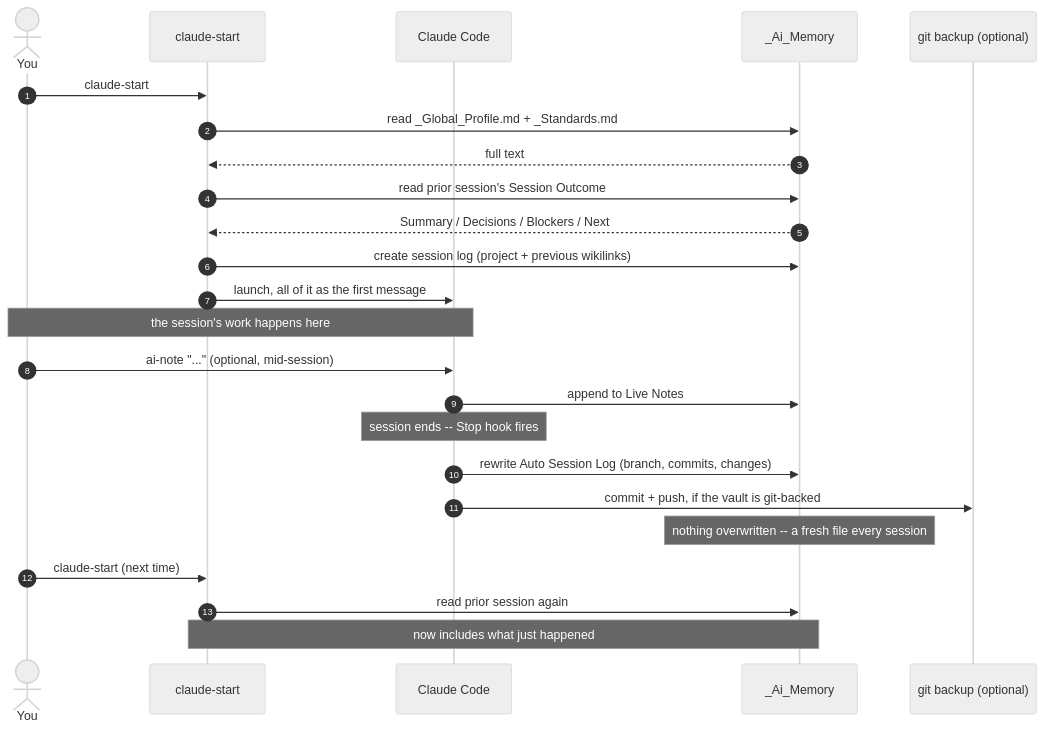
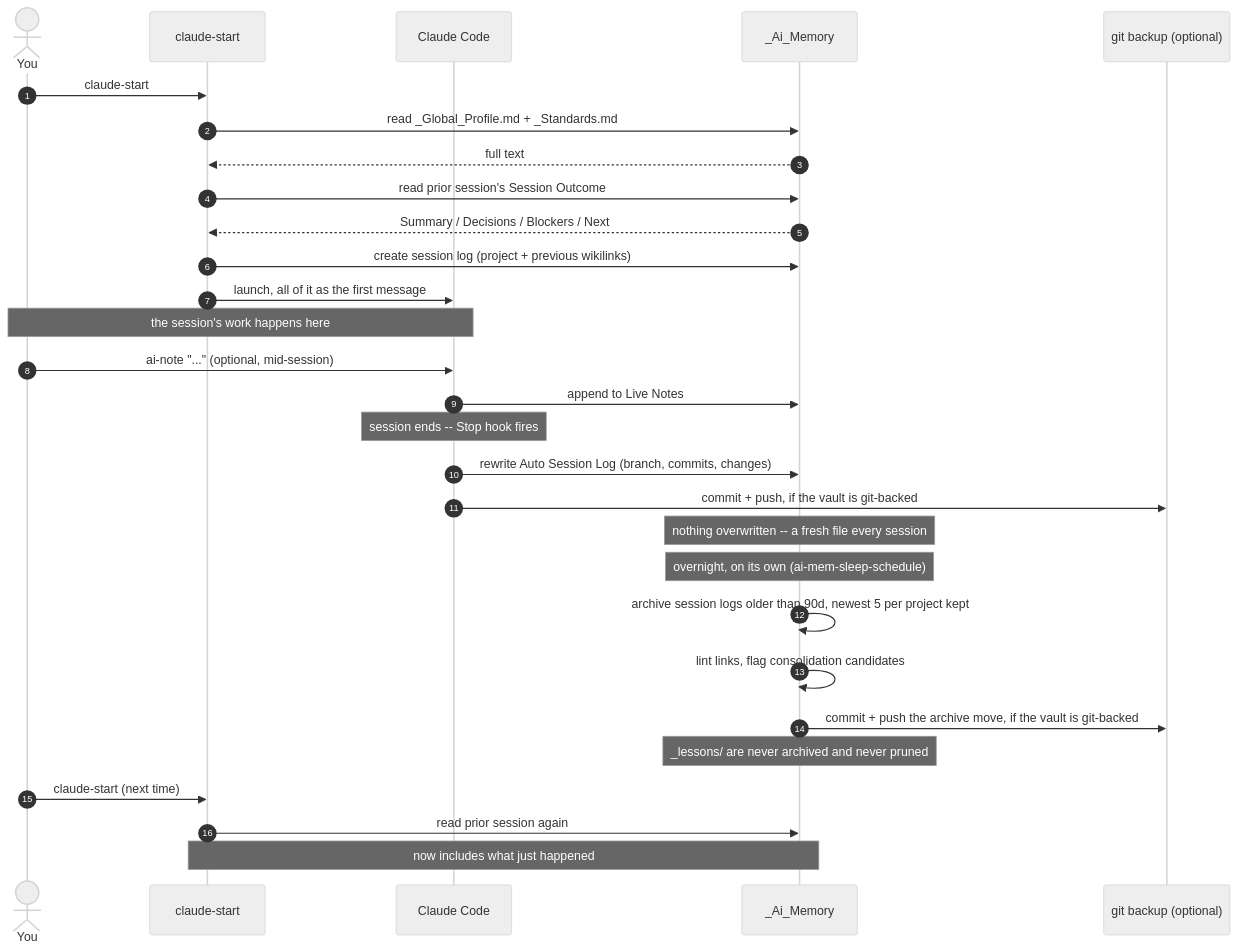
One commit to rambaarde/create-ai-memory changed the first of 2 diagrams in README.md. Above: the diagram before and after it, drawn with Mermaid (neutral theme). The commit also changed other lines of this file, not shown here.

First line of the commit message:
docs: show the overnight pruning pass in the loop diagram

````diff
--- a/README.md
+++ b/README.md
@@ -70,27 +70,32 @@
 ```mermaid
 sequenceDiagram
     autonumber
     actor You
     participant Shell as claude-start
     participant Agent as Claude Code
     participant Vault as _Ai_Memory
     participant Backup as git backup (optional)
 
     You->>Shell: claude-start
     Shell->>Vault: read _Global_Profile.md + _Standards.md
     Vault-->>Shell: full text
     Shell->>Vault: read prior session's Session Outcome
     Vault-->>Shell: Summary / Decisions / Blockers / Next
     Shell->>Vault: create session log (project + previous wikilinks)
     Shell->>Agent: launch, all of it as the first message
     Note over You,Agent: the session's work happens here
     You->>Agent: ai-note "..." (optional, mid-session)
     Agent->>Vault: append to Live Notes
     Note over Agent: session ends -- Stop hook fires
     Agent->>Vault: rewrite Auto Session Log (branch, commits, changes)
     Agent->>Backup: commit + push, if the vault is git-backed
     Note over Vault: nothing overwritten -- a fresh file every session
+    Note over Vault: overnight, on its own (ai-mem-sleep-schedule)
+    Vault->>Vault: archive session logs older than 90d, newest 5 per project kept
+    Vault->>Vault: lint links, flag consolidation candidates
+    Vault->>Backup: commit + push the archive move, if the vault is git-backed
+    Note over Vault: _lessons/ are never archived and never pruned
     You->>Shell: claude-start (next time)
     Shell->>Vault: read prior session again
     Note over Shell,Vault: now includes what just happened
 ```
````
